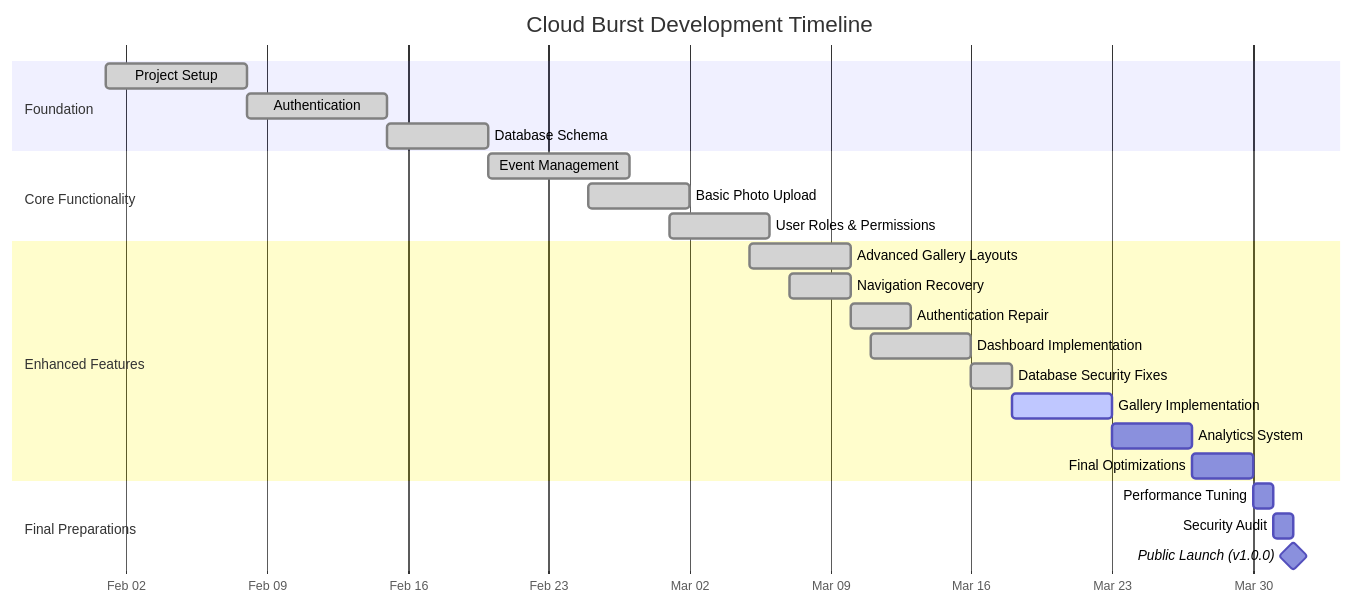
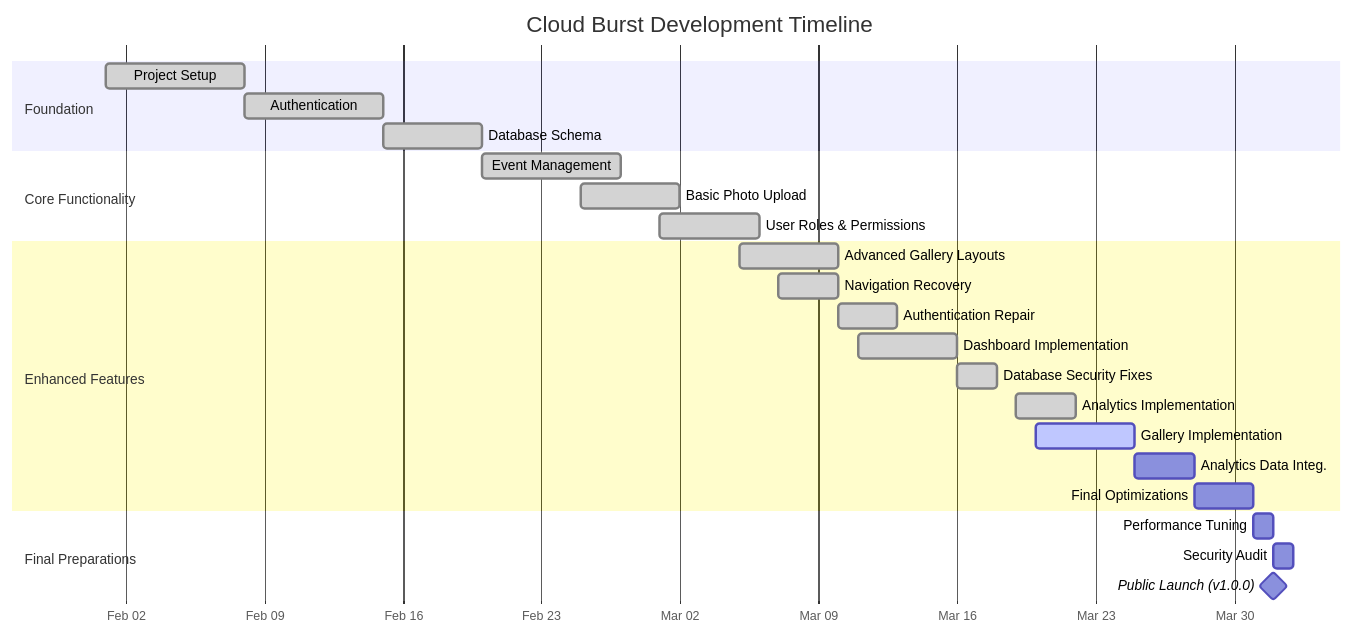
Before and after one commit to mrj0nesmtl/cloud-burst: the first of 2 diagrams in docs/planning/roadmap.md, drawn with Mermaid. The commit also changed other lines of this file and 92 other files, not shown here.

Commit message:
feat(v0.7.7): Implement Analytics section and prepare Gallery implementation for Session 24

````diff
--- a/docs/planning/roadmap.md
+++ b/docs/planning/roadmap.md
@@ -43,31 +42,32 @@
 ```mermaid
 gantt
     title Cloud Burst Development Timeline
     dateFormat  YYYY-MM-DD
     axisFormat %b %d
     
     section Foundation
     Project Setup           :done, f1, 2025-02-01, 7d
     Authentication          :done, f2, 2025-02-08, 7d
     Database Schema         :done, f3, 2025-02-15, 5d
     
     section Core Functionality
     Event Management        :done, c1, 2025-02-20, 7d
     Basic Photo Upload      :done, c2, 2025-02-25, 5d
     User Roles & Permissions:done, c3, 2025-03-01, 5d
     
     section Enhanced Features
     Advanced Gallery Layouts:done, e1, 2025-03-05, 5d
     Navigation Recovery     :done, e2, 2025-03-07, 3d
     Authentication Repair   :done, e3, 2025-03-10, 3d
     Dashboard Implementation:done, e4, 2025-03-11, 5d
     Database Security Fixes :done, e5, 2025-03-16, 2d
-    Gallery Implementation  :active, e6, 2025-03-18, 5d
-    Analytics System        :e7, 2025-03-23, 4d
-    Final Optimizations     :e8, 2025-03-27, 3d
+    Analytics Implementation:done, e6, 2025-03-19, 3d
+    Gallery Implementation  :active, e7, 2025-03-20, 5d
+    Analytics Data Integ.   :e8, 2025-03-25, 3d
+    Final Optimizations     :e9, 2025-03-28, 3d
     
     section Final Preparations
-    Performance Tuning      :o1, 2025-03-30, 1d
-    Security Audit          :o2, 2025-03-31, 1d
+    Performance Tuning      :o1, 2025-03-31, 1d
+    Security Audit          :o2, 2025-04-01, 1d
     Public Launch (v1.0.0)  :milestone, l3, 2025-04-01, 0d
 ```
````
